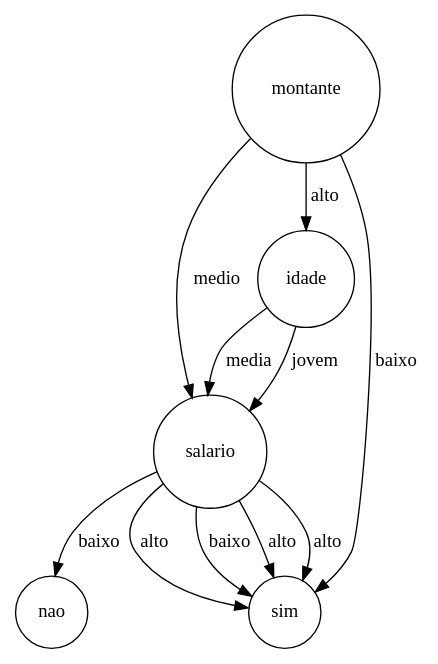
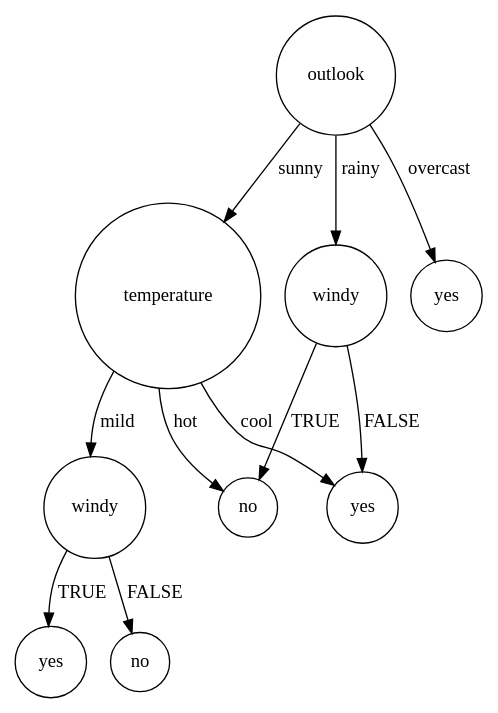
Before and after one commit to netoaraujjo/id3: the diagram in Digraph.gv, drawn with Graphviz. The commit also changed 4 other files, not shown here.

```diff
--- a/Digraph.gv
+++ b/Digraph.gv
@@ -1,24 +1,24 @@
 digraph {
 	node [shape=circle]
-	montante [label=montante]
-	salario [label=salario]
-	nao [label=nao]
-		salario -> nao [label=baixo]
-	sim [label=sim]
-		salario -> sim [label=alto]
-		montante -> salario [label=medio]
-	sim [label=sim]
-		montante -> sim [label=baixo]
-	idade [label=idade]
-	salario [label=salario]
-	sim [label=sim]
-		salario -> sim [label=baixo]
-	sim [label=sim]
-		salario -> sim [label=alto]
-		idade -> salario [label=media]
-	salario [label=salario]
-	sim [label=sim]
-		salario -> sim [label=alto]
-		idade -> salario [label=jovem]
-		montante -> idade [label=alto]
+	outlook0 [label=outlook]
+	windy1 [label=windy]
+	no2 [label=no]
+		windy1 -> no2 [label=TRUE]
+	yes2 [label=yes]
+		windy1 -> yes2 [label=FALSE]
+		outlook0 -> windy1 [label=rainy]
+	temperature1 [label=temperature]
+	yes2 [label=yes]
+		temperature1 -> yes2 [label=cool]
+	no2 [label=no]
+		temperature1 -> no2 [label=hot]
+	windy2 [label=windy]
+	yes3 [label=yes]
+		windy2 -> yes3 [label=TRUE]
+	no3 [label=no]
+		windy2 -> no3 [label=FALSE]
+		temperature1 -> windy2 [label=mild]
+		outlook0 -> temperature1 [label=sunny]
+	yes1 [label=yes]
+		outlook0 -> yes1 [label=overcast]
 }
```
